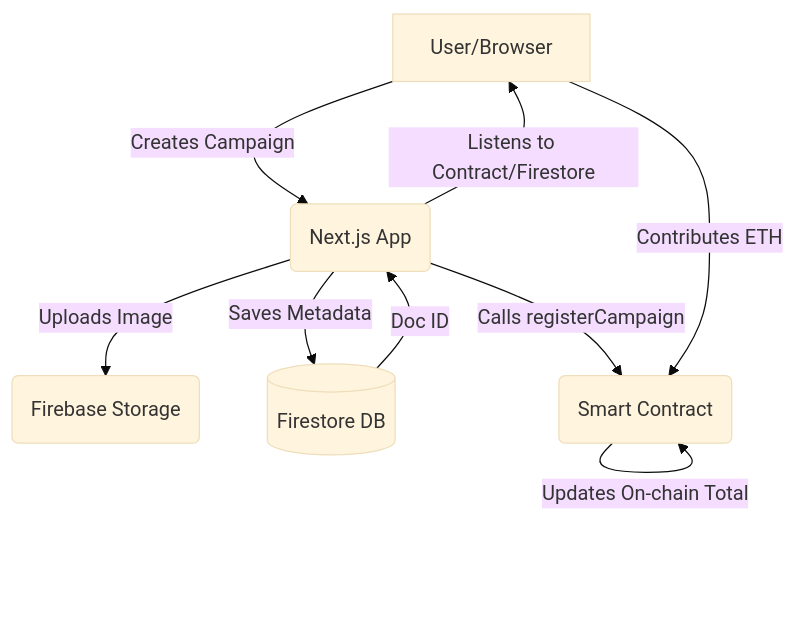
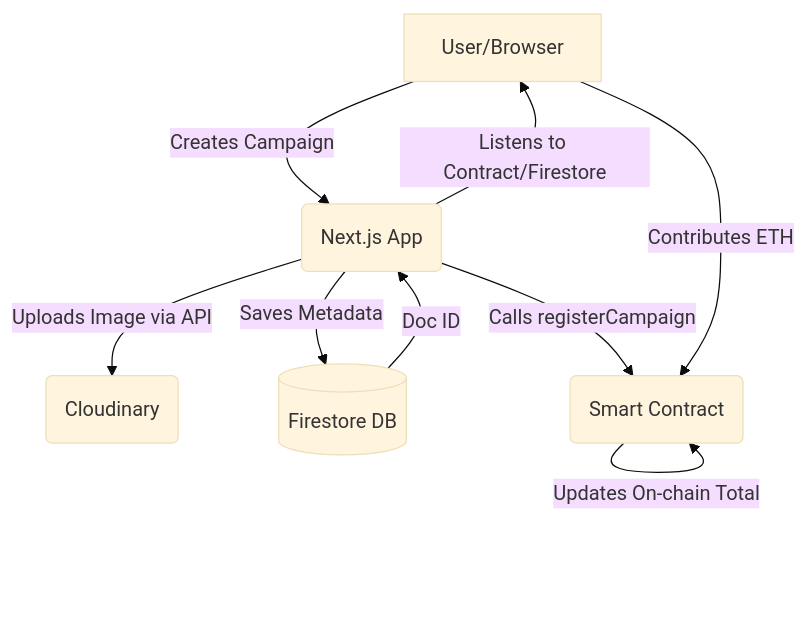
The diagram in README.md (sdhage1502/decentralized-crowdfunding), drawn with Mermaid (base theme) before and after one commit. The commit also changed other lines of this file and 7 other files, not shown here.

First line of the commit message:
Migrate file uploads to Cloudinary

````diff
--- a/README.md
+++ b/README.md
@@ -57,12 +57,12 @@
 ```mermaid
 graph TD
     A[User/Browser] -->|Creates Campaign| B(Next.js App)
-    B -->|Uploads Image| C(Firebase Storage)
+    B -->|Uploads Image via API| C(Cloudinary)
     B -->|Saves Metadata| D[(Firestore DB)]
     D -->|Doc ID| B
     B -->|Calls registerCampaign| E(Smart Contract)
     
     A -->|Contributes ETH| E
     E -->|Updates On-chain Total| E
     B -->|Listens to Contract/Firestore| A
 ```
````
